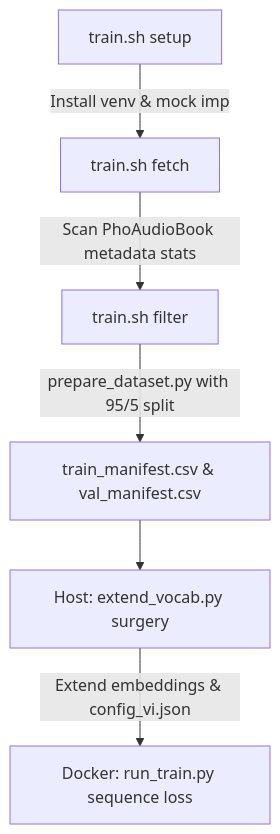
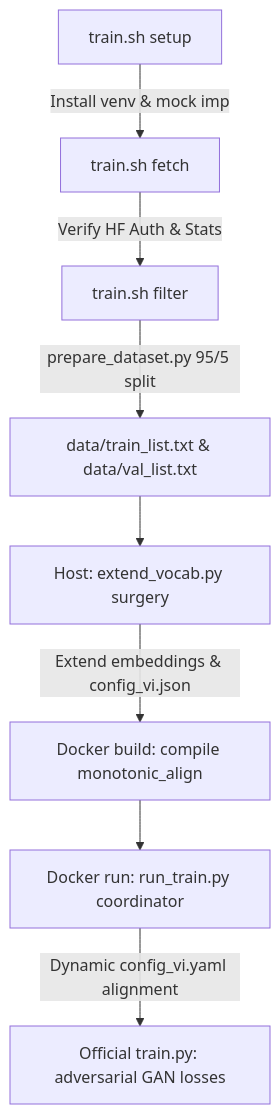
The diagram in WALKTHROUGH.md (PrivateArena/tts_kokoro_vi), drawn with Mermaid before and after one commit. The commit also changed other lines of this file and 5 other files, not shown here.

````diff
--- a/WALKTHROUGH.md
+++ b/WALKTHROUGH.md
@@ -26,8 +59,10 @@
 ```mermaid
 graph TD
-    A[train.sh setup] -->|Install venv & mock imp| B[train.sh fetch]
-    B -->|Scan PhoAudioBook metadata stats| C[train.sh filter]
-    C -->|prepare_dataset.py with 95/5 split| D[train_manifest.csv & val_manifest.csv]
-    D --> E[Host: extend_vocab.py surgery]
-    E -->|Extend embeddings & config_vi.json| F[Docker: run_train.py sequence loss]
+    A["train.sh setup"] -->|Install venv & mock imp| B["train.sh fetch"]
+    B -->|Verify HF Auth & Stats| C["train.sh filter"]
+    C -->|prepare_dataset.py 95/5 split| D["data/train_list.txt & data/val_list.txt"]
+    D --> E["Host: extend_vocab.py surgery"]
+    E -->|Extend embeddings & config_vi.json| F["Docker build: compile monotonic_align"]
+    F --> G["Docker run: run_train.py coordinator"]
+    G -->|Dynamic config_vi.yaml alignment| H["Official train.py: adversarial GAN losses"]
 ```
````
